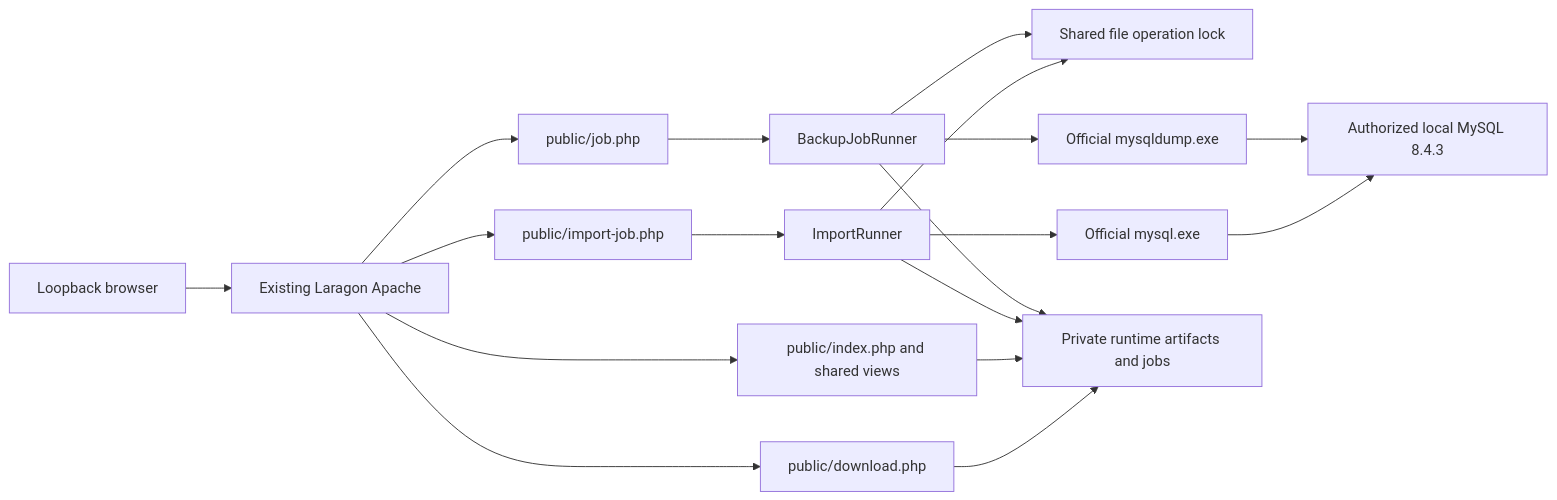
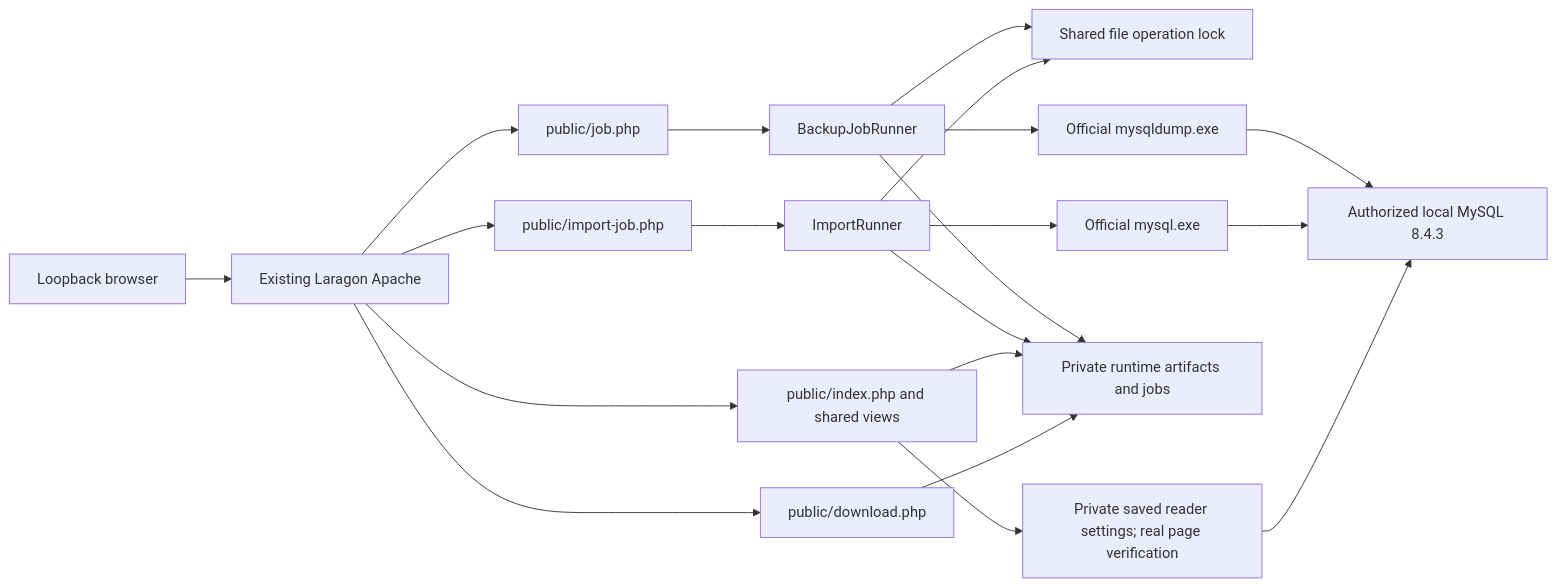
Before and after one commit to TonChaiya/backUP-phpmyadmin-fordev: the first of 3 diagrams in docs/ARCHITECTURE.md, drawn with Mermaid. The commit also changed other lines of this file and 47 other files, not shown here.

````diff
--- a/docs/ARCHITECTURE.md
+++ b/docs/ARCHITECTURE.md
@@ -9,20 +9,22 @@
 ```mermaid
 flowchart LR
     browser["Loopback browser"] --> apache["Existing Laragon Apache"]
     apache --> pages["public/index.php and shared views"]
     apache --> exportApi["public/job.php"]
     apache --> importApi["public/import-job.php"]
     apache --> download["public/download.php"]
     exportApi --> exportRunner["BackupJobRunner"]
     importApi --> importRunner["ImportRunner"]
     exportRunner --> operationLock["Shared file operation lock"]
     importRunner --> operationLock
     exportRunner --> dumpClient["Official mysqldump.exe"]
     importRunner --> mysqlClient["Official mysql.exe"]
     dumpClient --> server["Authorized local MySQL 8.4.3"]
     mysqlClient --> server
     exportRunner --> runtime["Private runtime artifacts and jobs"]
     importRunner --> runtime
     pages --> runtime
+    pages --> savedReader["Private saved reader settings; real page verification"]
+    savedReader --> server
     download --> runtime
 ```
````
